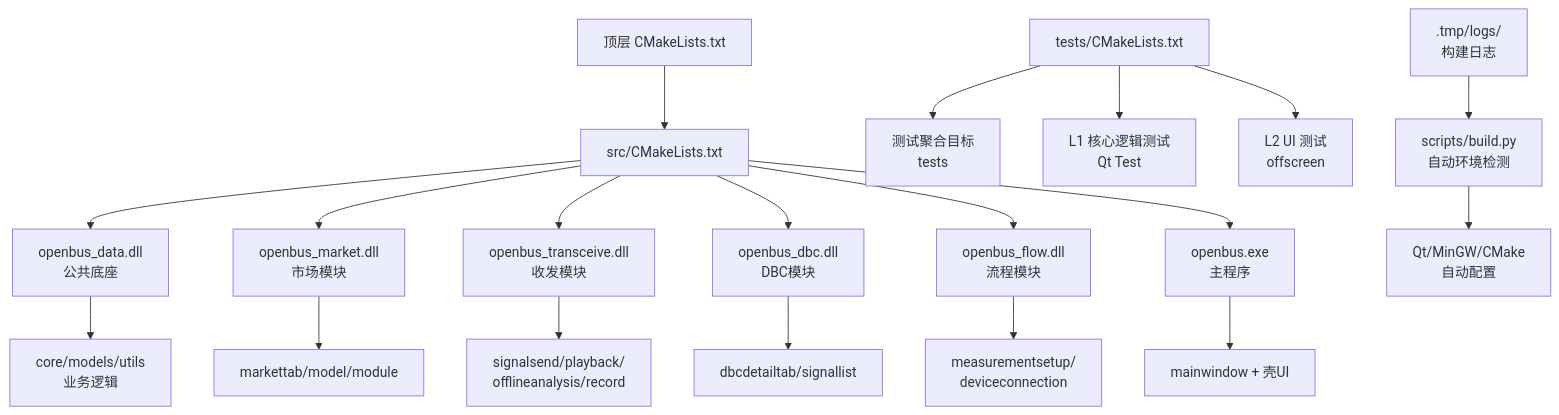
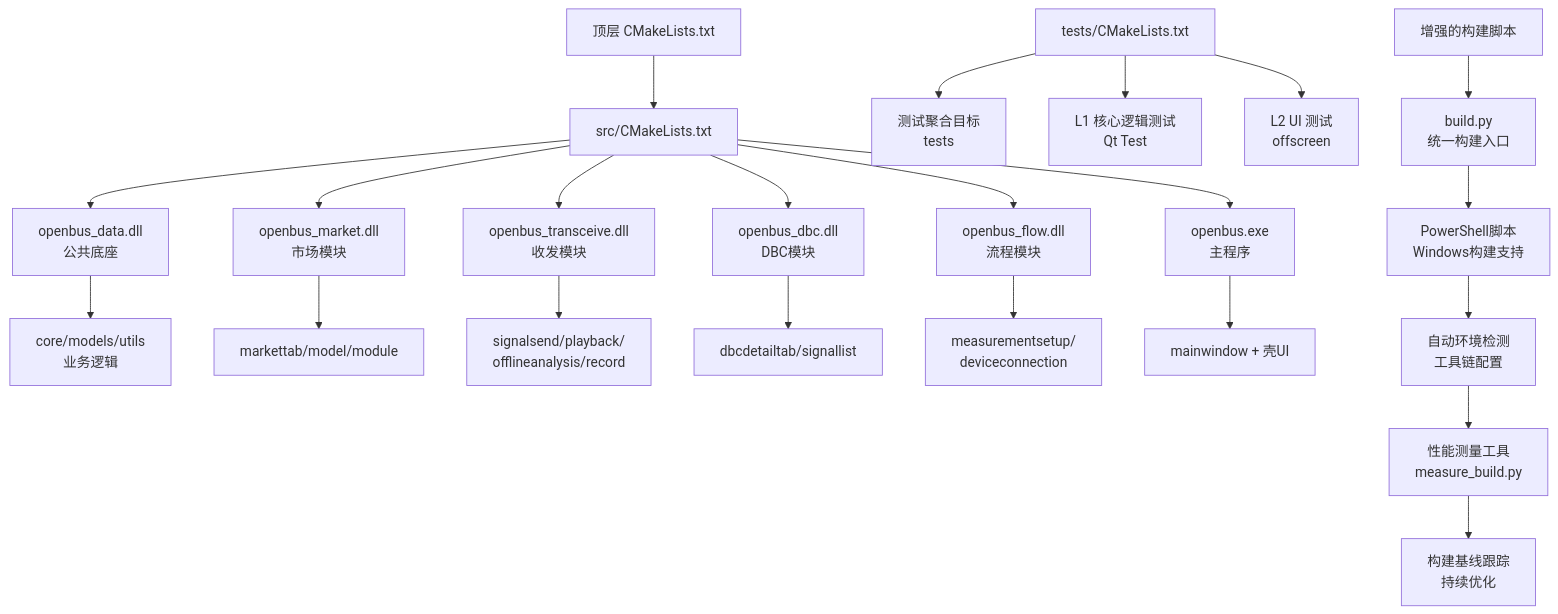
The first of 5 diagrams in .qoder/repowiki/zh/content/构建和部署/构建流程/构建流程.md (jakecai1225-design/OpenBus), drawn with Mermaid before and after one commit. The commit also changed other lines of this file and 151 other files, not shown here.

````diff
--- a/.qoder/repowiki/zh/content/构建和部署/构建流程/构建流程.md
+++ b/.qoder/repowiki/zh/content/构建和部署/构建流程/构建流程.md
@@ -76,21 +72,24 @@
 ```mermaid
 graph TB
 A["顶层 CMakeLists.txt"] --> B["src/CMakeLists.txt"]
 B --> C["openbus_data.dll<br/>公共底座"]
 B --> D["openbus_market.dll<br/>市场模块"]
 B --> E["openbus_transceive.dll<br/>收发模块"]
 B --> F["openbus_dbc.dll<br/>DBC模块"]
 B --> G["openbus_flow.dll<br/>流程模块"]
 B --> H["openbus.exe<br/>主程序"]
 C --> I["core/models/utils<br/>业务逻辑"]
 D --> J["markettab/model/module"]
 E --> K["signalsend/playback/<br/>offlineanalysis/record"]
 F --> L["dbcdetailtab/signallist"]
 G --> M["measurementsetup/<br/>deviceconnection"]
 H --> N["mainwindow + 壳UI"]
 O["tests/CMakeLists.txt"] --> P["测试聚合目标<br/>tests"]
 O --> Q["L1 核心逻辑测试<br/>Qt Test"]
 O --> R["L2 UI 测试<br/>offscreen"]
-S[".tmp/logs/<br/>构建日志"] --> T["scripts/build.py<br/>自动环境检测"]
-T --> U["Qt/MinGW/CMake<br/>自动配置"]
+S["增强的构建脚本"] --> T["build.py<br/>统一构建入口"]
+T --> U["PowerShell脚本<br/>Windows构建支持"]
+U --> V["自动环境检测<br/>工具链配置"]
+V --> W["性能测量工具<br/>measure_build.py"]
+W --> X["构建基线跟踪<br/>持续优化"]
 ```
````
